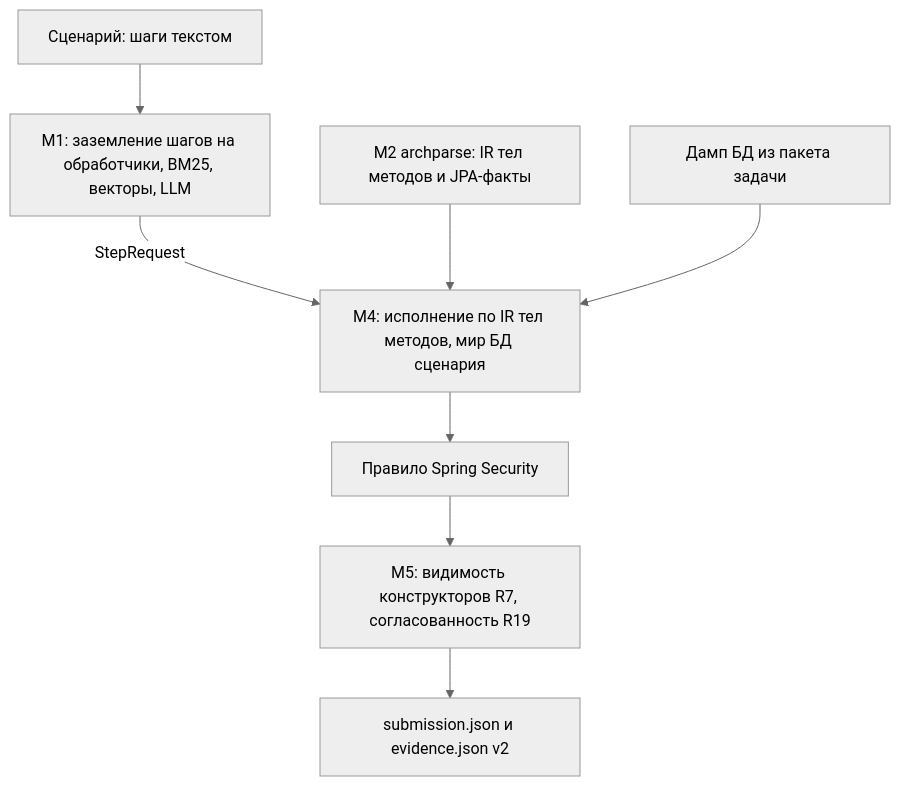
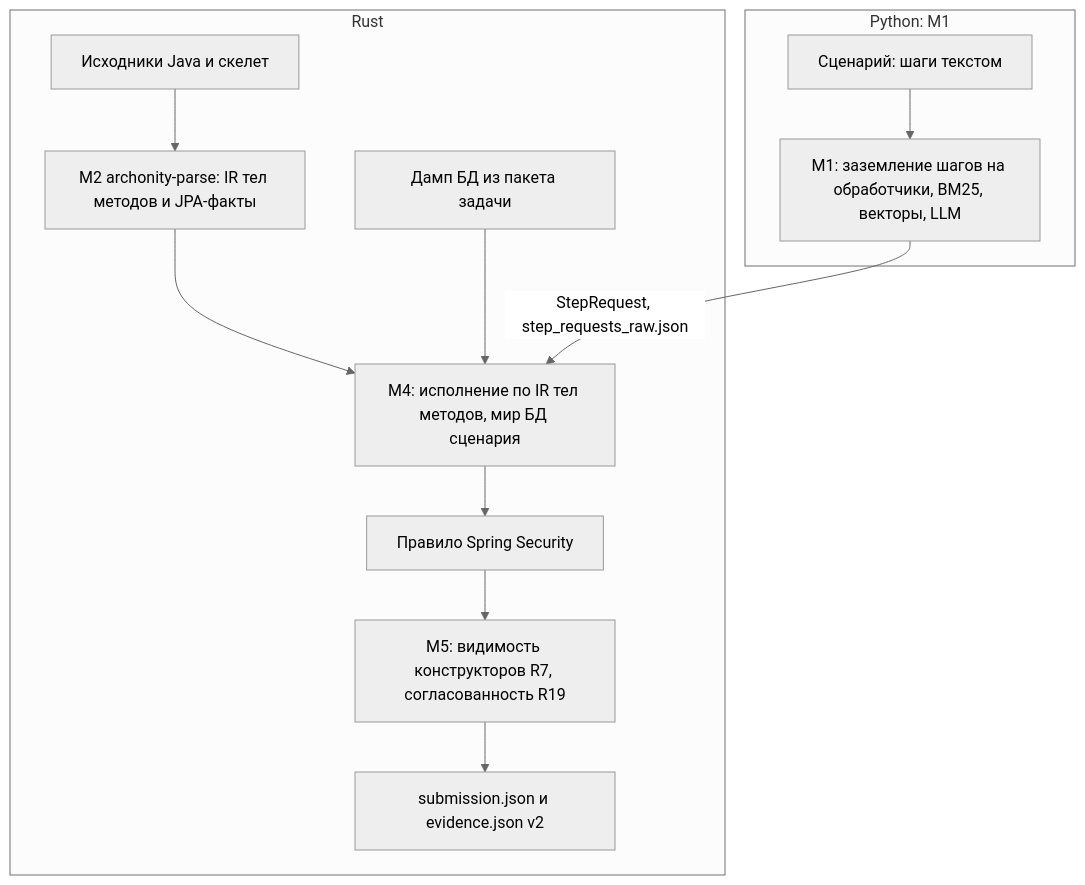
One commit to teamv39/archonity changed the diagram in README.md. Above: the diagram before and after it, drawn with Mermaid (neutral theme). The commit also changed other lines of this file, not shown here.

Commit message:
docs: README — анализ кода и построение ответа на Rust, граница с M1 на Python, запуск и тесты Rust

````diff
--- a/README.md
+++ b/README.md
@@ -92,10 +99,16 @@
 ```mermaid
 flowchart TD
-    S[Сценарий: шаги текстом] --> M1[M1: заземление шагов на обработчики, BM25, векторы, LLM]
-    M1 -->|StepRequest| M4[M4: исполнение по IR тел методов, мир БД сценария]
-    M2[M2 archparse: IR тел методов и JPA-факты] --> M4
-    DB[Дамп БД из пакета задачи] --> M4
-    M4 --> SS[Правило Spring Security]
-    SS --> M5[M5: видимость конструкторов R7, согласованность R19]
-    M5 --> OUT[submission.json и evidence.json v2]
+    subgraph PY[Python: M1]
+        S[Сценарий: шаги текстом] --> M1[M1: заземление шагов на обработчики, BM25, векторы, LLM]
+    end
+    subgraph RS[Rust]
+        SRC[Исходники Java и скелет] --> M2[M2 archonity-parse: IR тел методов и JPA-факты]
+        M4[M4: исполнение по IR тел методов, мир БД сценария]
+        M2 --> M4
+        DB[Дамп БД из пакета задачи] --> M4
+        M4 --> SS[Правило Spring Security]
+        SS --> M5[M5: видимость конструкторов R7, согласованность R19]
+        M5 --> OUT[submission.json и evidence.json v2]
+    end
+    M1 -->|StepRequest, step_requests_raw.json| M4
 ```
````
